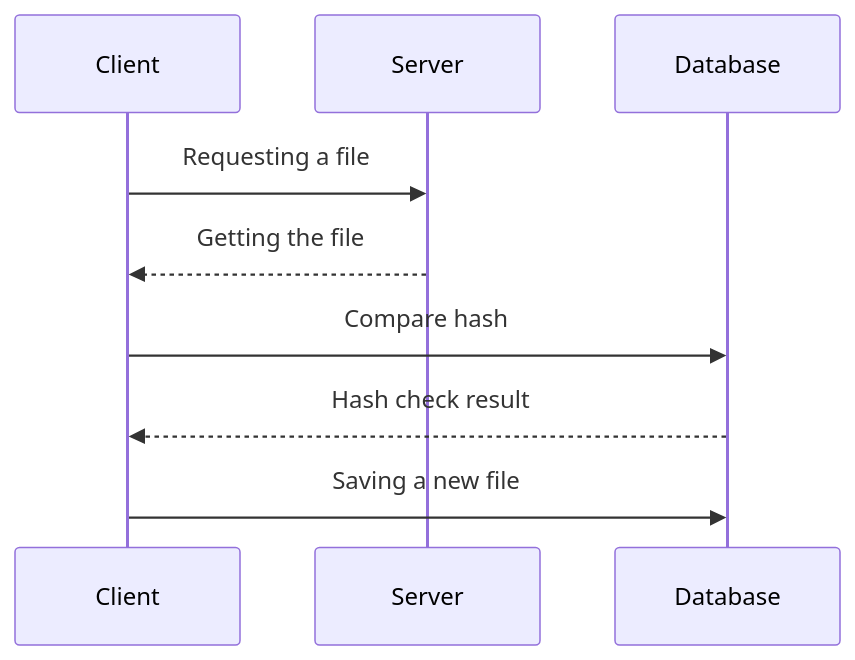
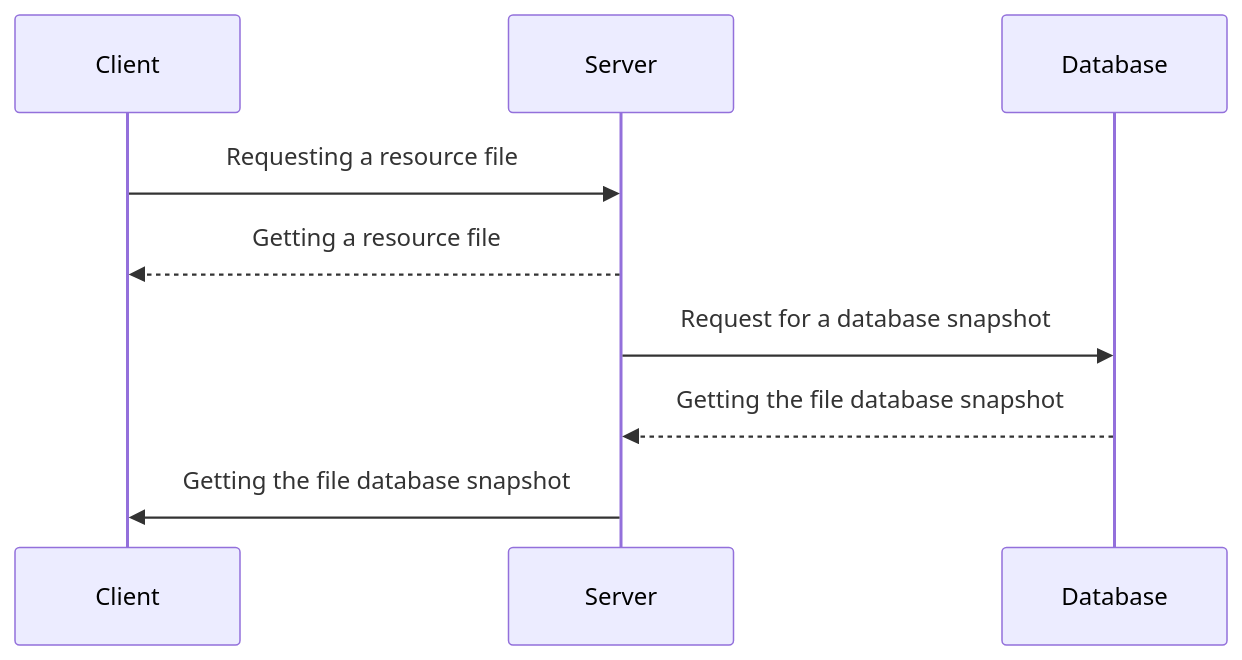
The diagram in README.md (mr-kaspel/automatic-site-backup), drawn with Mermaid before and after one commit. The commit also changed other lines of this file and 2 other files, not shown here.

````diff
--- a/README.md
+++ b/README.md
@@ -26,8 +55,8 @@
 ```mermaid
 sequenceDiagram
-Client->> Server: Requesting a file
-Server-->> Client: Getting the file
-Client->> Database: Compare hash
-Database-->> Client: Hash check result
-Client->> Database: Saving a new file
+Client->> Server: Requesting a resource file
+Server-->> Client: Getting a resource file
+Server->> Database: Request for a database snapshot
+Database-->> Server: Getting the file database snapshot
+Server->> Client: Getting the file database snapshot
 ```
````
